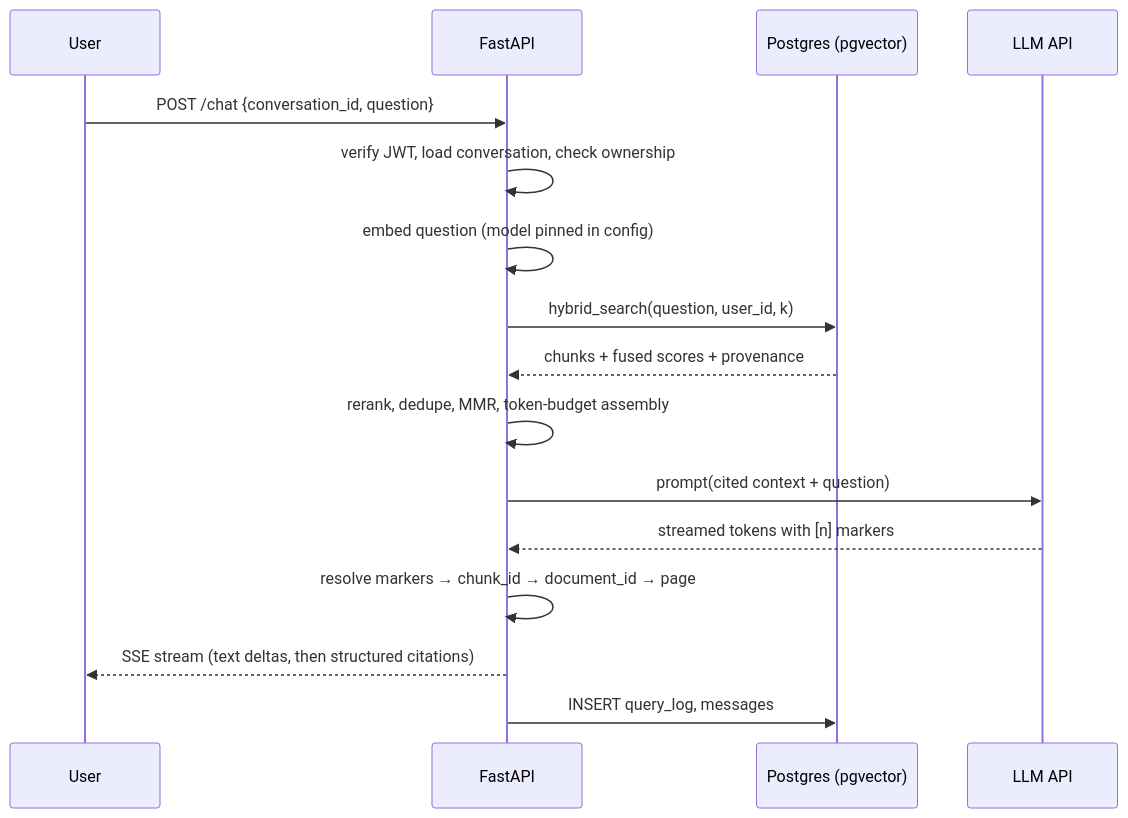
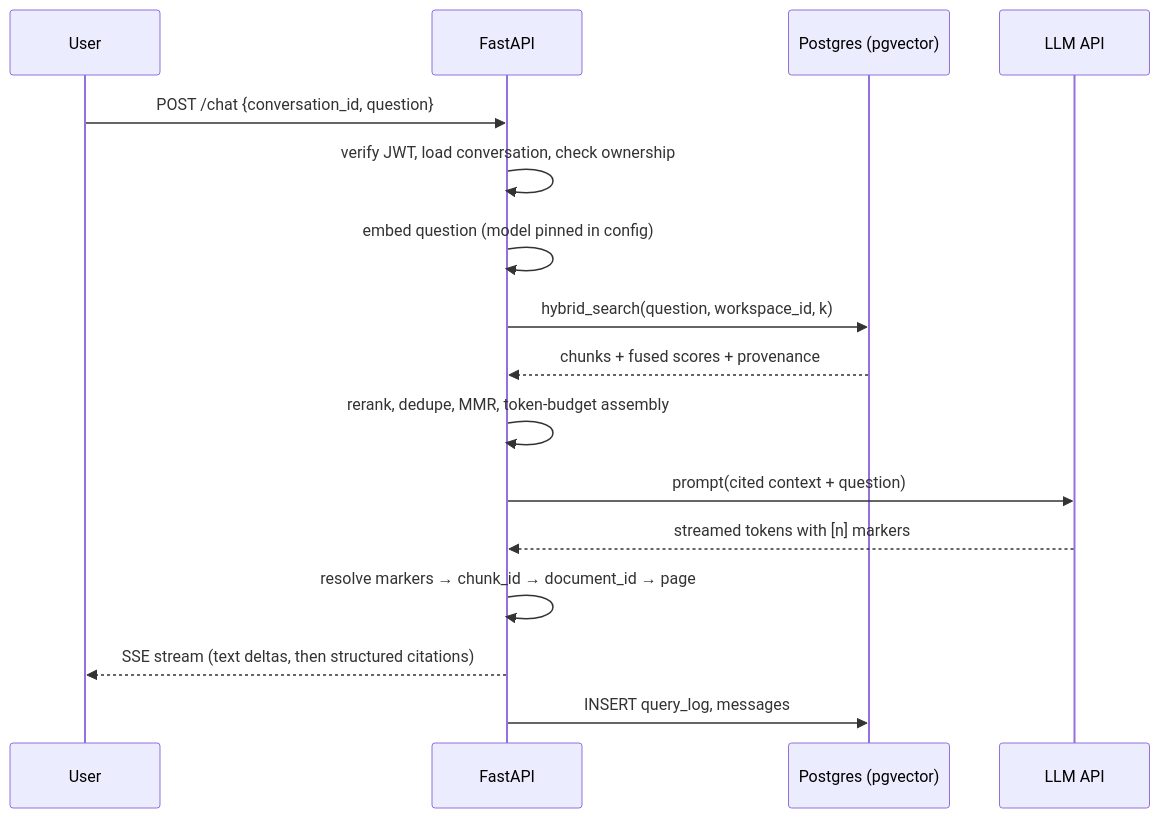
The fourth of 4 diagrams in docs/ARCHITECTURE.md (nagami1917/AiPersonalBrainProject), drawn with Mermaid before and after one commit. The commit also changed other lines of this file and 73 other files, not shown here.

First line of the commit message:
feat(db): workspace-based multi-tenancy across schema, API, and web

````diff
--- a/docs/ARCHITECTURE.md
+++ b/docs/ARCHITECTURE.md
@@ -163,19 +163,19 @@
 ```mermaid
 sequenceDiagram
   participant U as User
   participant A as FastAPI
   participant D as Postgres (pgvector)
   participant L as LLM API
 
   U->>A: POST /chat {conversation_id, question}
   A->>A: verify JWT, load conversation, check ownership
   A->>A: embed question (model pinned in config)
-  A->>D: hybrid_search(question, user_id, k)
+  A->>D: hybrid_search(question, workspace_id, k)
   D-->>A: chunks + fused scores + provenance
   A->>A: rerank, dedupe, MMR, token-budget assembly
   A->>L: prompt(cited context + question)
   L-->>A: streamed tokens with [n] markers
   A->>A: resolve markers → chunk_id → document_id → page
   A-->>U: SSE stream (text deltas, then structured citations)
   A->>D: INSERT query_log, messages
 ```
````
